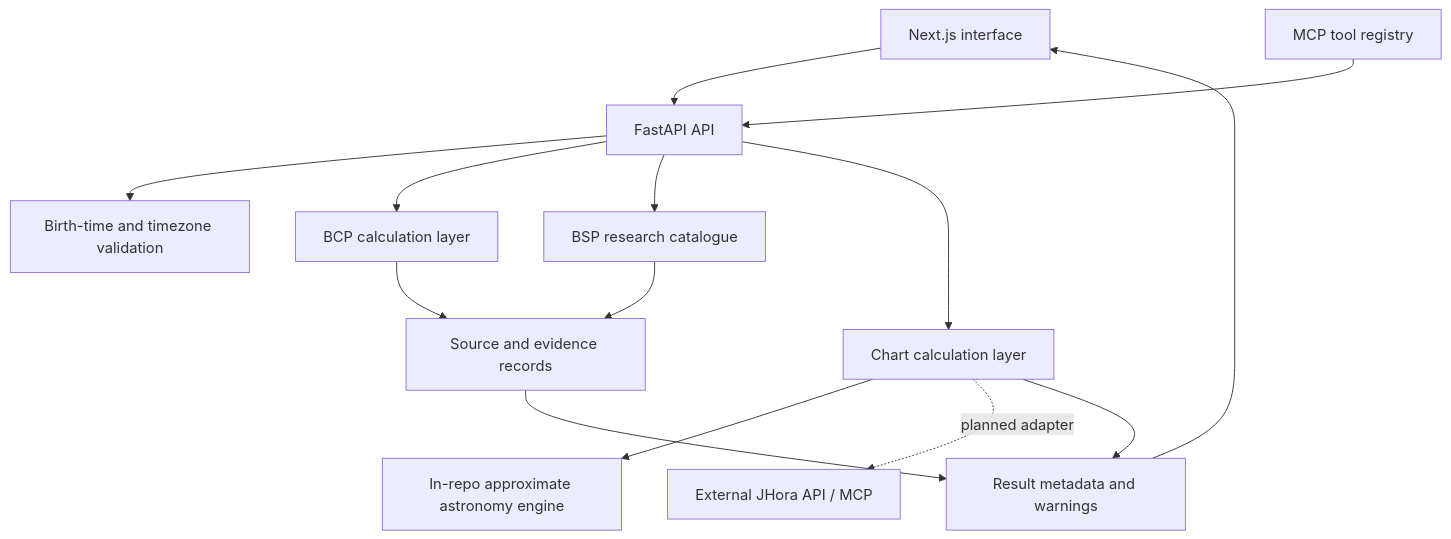
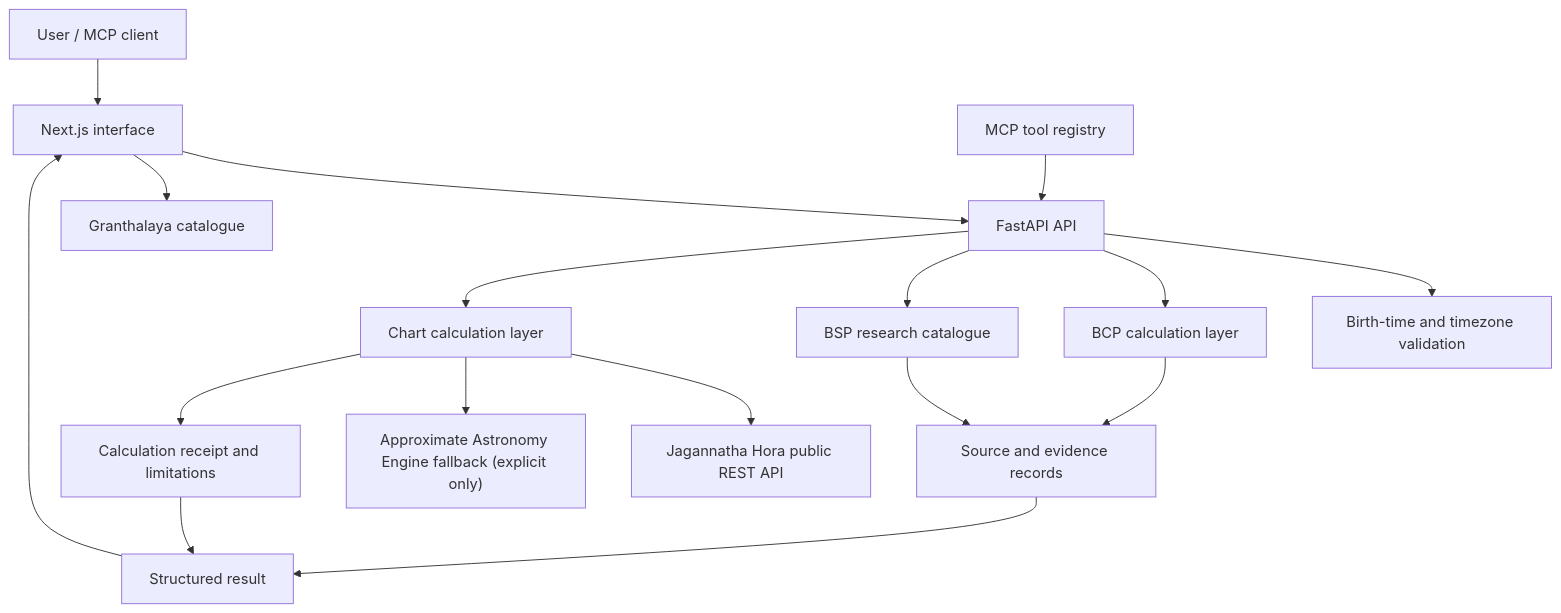
The diagram in docs/ARCHITECTURE.md (beshivaayy/bhrigusetu), drawn with Mermaid before and after one commit. The commit also changed other lines of this file and 5 other files, not shown here.

Commit message:
Align JHora timezone defaults and expose calculation receipts

```diff
--- a/docs/ARCHITECTURE.md
+++ b/docs/ARCHITECTURE.md
@@ -5,16 +5,19 @@
 ~~~mermaid
 flowchart TD
-    UI["Next.js interface"] --> API["FastAPI API"]
+    USER["User / MCP client"] --> UI["Next.js interface"]
+    UI --> API["FastAPI API"]
     API --> TIME["Birth-time and timezone validation"]
     API --> BCP["BCP calculation layer"]
     API --> BSP["BSP research catalogue"]
     API --> CHART["Chart calculation layer"]
-    CHART --> LOCAL["In-repo approximate astronomy engine"]
-    CHART -. planned adapter .-> JH["External JHora API / MCP"]
+    CHART --> JH["Jagannatha Hora public REST API"]
+    CHART --> LOCAL["Approximate Astronomy Engine fallback (explicit only)"]
+    UI --> LIB["Granthalaya catalogue"]
     BCP --> EVIDENCE["Source and evidence records"]
     BSP --> EVIDENCE
-    CHART --> REPORT["Result metadata and warnings"]
-    EVIDENCE --> REPORT
+    CHART --> RECEIPT["Calculation receipt and limitations"]
+    EVIDENCE --> REPORT["Structured result"]
+    RECEIPT --> REPORT
     REPORT --> UI
     MCP["MCP tool registry"] --> API
 ~~~
```
